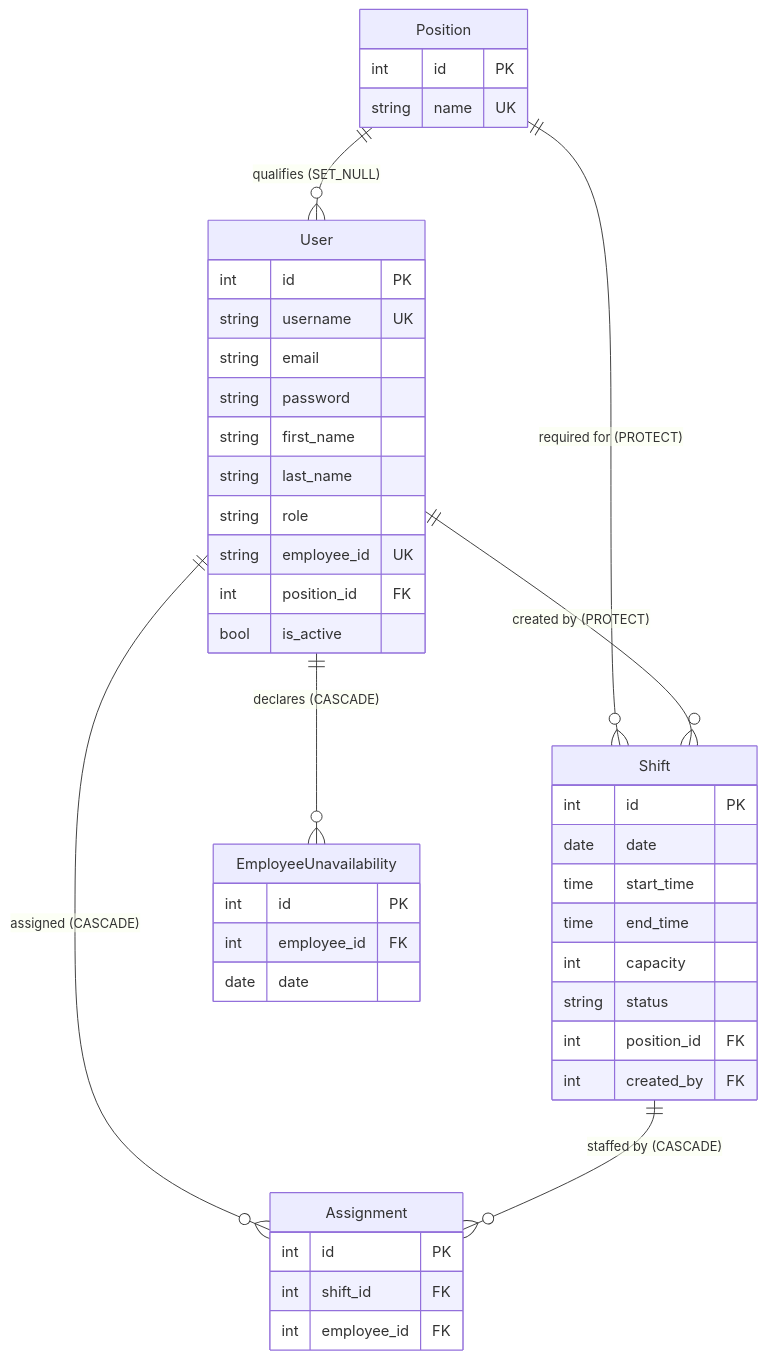
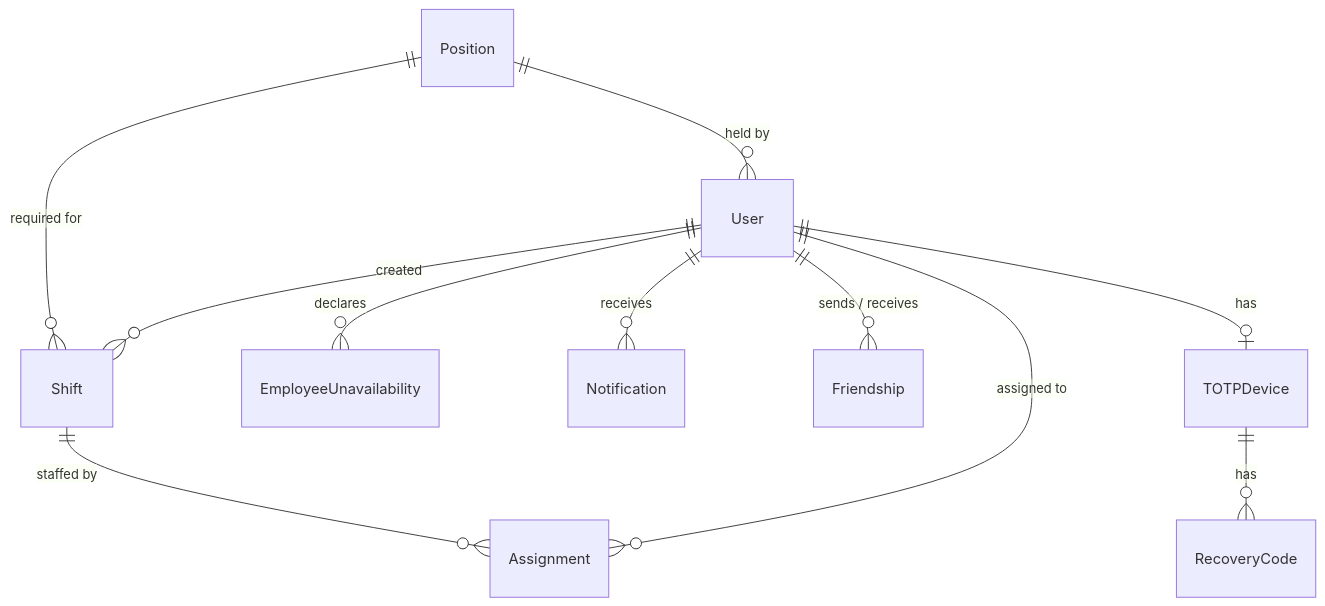
The diagram in README.md (DT-sudo/PlanShift), drawn with Mermaid before and after one commit. The commit also changed other lines of this file, not shown here.

````diff
--- a/README.md
+++ b/README.md
@@ -277,46 +150,13 @@
 ```mermaid
 erDiagram
-    Position ||--o{ User : "qualifies (SET_NULL)"
-    Position ||--o{ Shift : "required for (PROTECT)"
-    User ||--o{ Shift : "created by (PROTECT)"
-    User ||--o{ Assignment : "assigned (CASCADE)"
-    Shift ||--o{ Assignment : "staffed by (CASCADE)"
-    User ||--o{ EmployeeUnavailability : "declares (CASCADE)"
-
-    Position {
-        int id PK
-        string name UK
-    }
-    User {
-        int id PK
-        string username UK
-        string email
-        string password
-        string first_name
-        string last_name
-        string role
-        string employee_id UK
-        int position_id FK
-        bool is_active
-    }
-    Shift {
-        int id PK
-        date date
-        time start_time
-        time end_time
-        int capacity
-        string status
-        int position_id FK
-        int created_by FK
-    }
-    Assignment {
-        int id PK
-        int shift_id FK
-        int employee_id FK
-    }
-    EmployeeUnavailability {
-        int id PK
-        int employee_id FK
-        date date
-    }
+    Position ||--o{ User : "held by"
+    Position ||--o{ Shift : "required for"
+    User ||--o{ Shift : "created"
+    Shift ||--o{ Assignment : "staffed by"
+    User ||--o{ Assignment : "assigned to"
+    User ||--o{ EmployeeUnavailability : "declares"
+    User ||--o{ Notification : "receives"
+    User ||--o{ Friendship : "sends / receives"
+    User ||--o| TOTPDevice : "has"
+    TOTPDevice ||--o{ RecoveryCode : "has"
 ```
````
